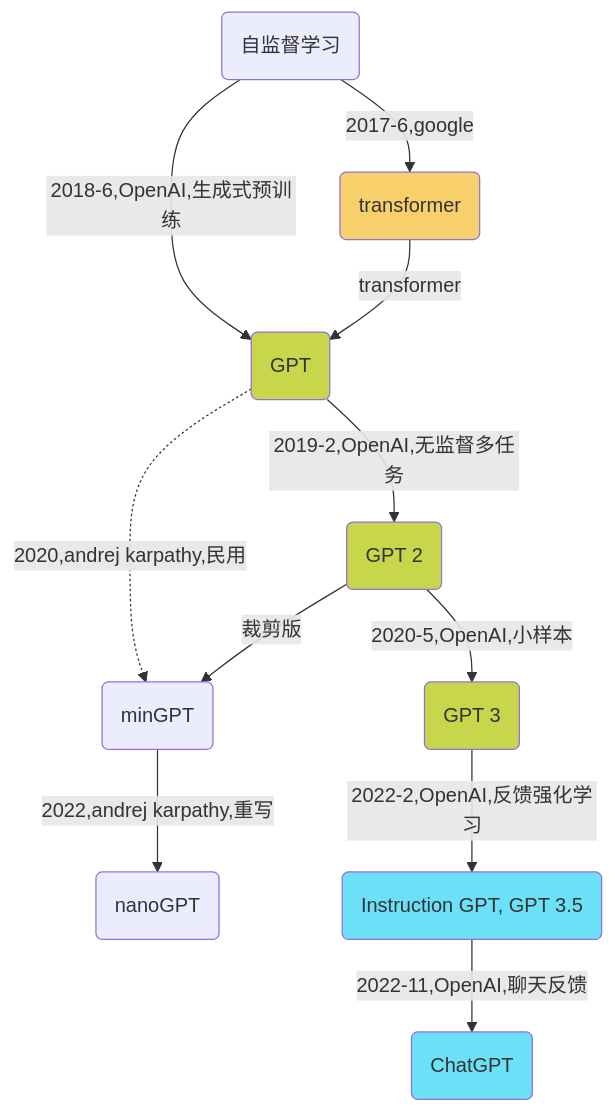
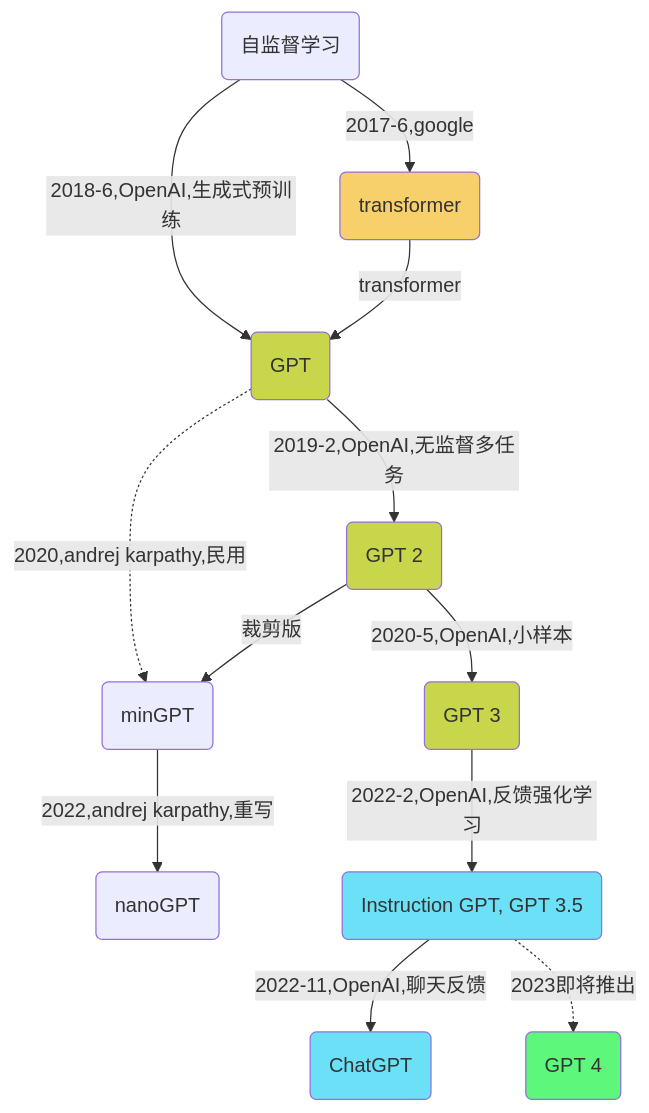
Before and after one commit to Gaohaoyang/gaohaoyang.github.io: the diagram in _posts/2019-12-14-gpt.md, drawn with Mermaid.

Commit message:
更新演变图

```diff
--- a/_posts/2019-12-14-gpt.md
+++ b/_posts/2019-12-14-gpt.md
@@ -148,20 +148,21 @@
 <div class="mermaid">
     flowchart TD
     %% 节点颜色
     classDef red fill:#f02;
     classDef green fill:#5CF77B;
     classDef blue fill:#6BE0F7;
     classDef orange fill:#F7CF6B;
     classDef grass fill:#C8D64B;
     %%节点关系定义
     O(自监督学习)-->|2017-6,google|A(transformer):::orange
     O-->|2018-6,OpenAI,生成式预训练| B
     A-->|transformer|B(GPT):::grass
     B-->|2019-2,OpenAI,无监督多任务|C(GPT 2):::grass
     B-.->|2020,andrej karpathy,民用|B1(minGPT)
     B1-->|2022,andrej karpathy,重写|B2(nanoGPT)
     C-->|裁剪版|B1
     C-->|2020-5,OpenAI,小样本|D(GPT 3):::grass
     D-->|2022-2,OpenAI,反馈强化学习|E(Instruction GPT, GPT 3.5):::blue
     E-->|2022-11,OpenAI,聊天反馈|F(ChatGPT):::blue
+    E-.->|2023即将推出|G(GPT 4):::green
 </div>
```
